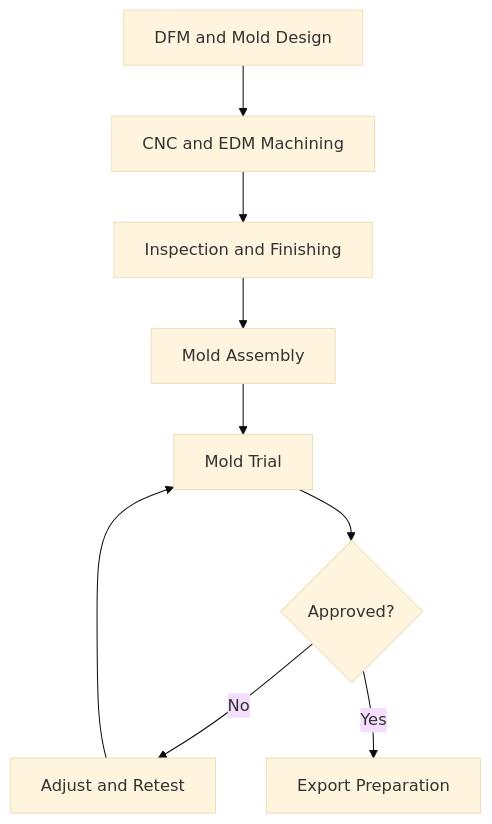
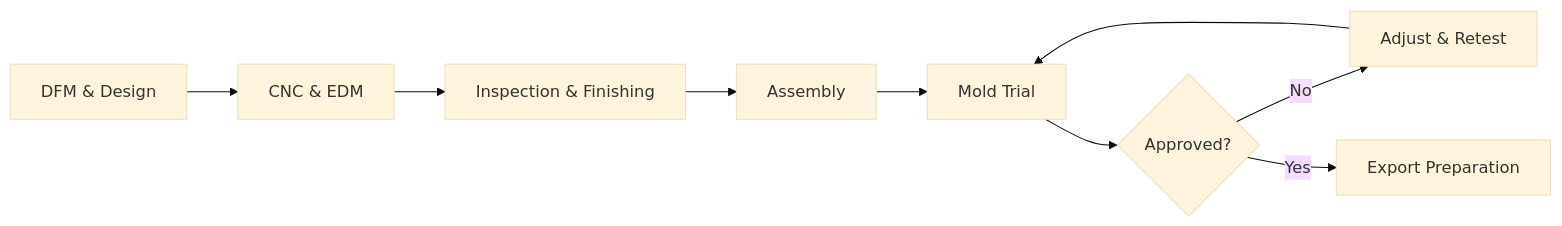
One commit to rjcmold999-max/injection-molding-guide changed the diagram in export-injection-mold-manufacturing-process.md. Above: the diagram before and after it, drawn with Mermaid (base theme).

Commit message:
Change mold manufacturing flowchart to compact horizontal layout

````diff
--- a/export-injection-mold-manufacturing-process.md
+++ b/export-injection-mold-manufacturing-process.md
@@ -9,11 +9,8 @@
 ```mermaid
-flowchart TD
-    A[DFM and Mold Design] --> B[CNC and EDM Machining]
-    B --> C[Inspection and Finishing]
-    C --> D[Mold Assembly]
-    D --> E[Mold Trial]
-    E --> F{Approved?}
-    F -- No --> G[Adjust and Retest]
-    G --> E
-    F -- Yes --> H[Export Preparation]
+flowchart LR
+    A["DFM & Design"] --> B["CNC & EDM"] --> C["Inspection & Finishing"]
+    C --> D["Assembly"] --> E["Mold Trial"]
+    E --> F{"Approved?"}
+    F -- "No" --> G["Adjust & Retest"] --> E
+    F -- "Yes" --> H["Export Preparation"]
 ```
````
